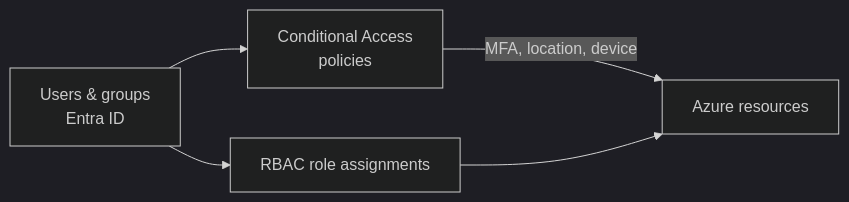
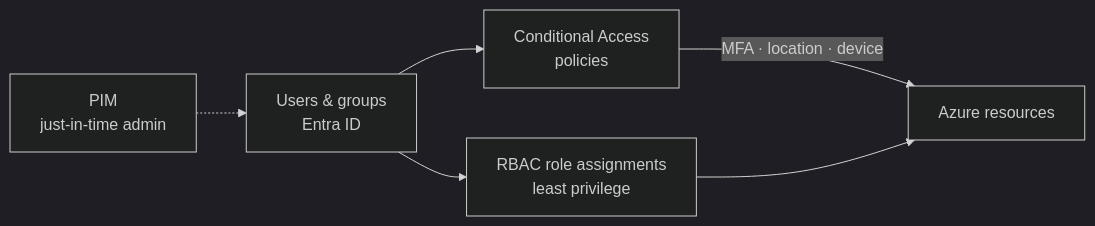
One commit to Yassine-ElJide/azure-iam-security-lab changed the diagram in README.md. Above: the diagram before and after it, drawn with Mermaid (dark theme). The commit also changed other lines of this file and 1 other file, not shown here.

````diff
--- a/README.md
+++ b/README.md
@@ -6,6 +7,7 @@
 ```mermaid
 flowchart LR
   U[Users & groups<br>Entra ID] --> CA[Conditional Access<br>policies]
-  CA -->|MFA, location, device| APP[Azure resources]
-  U --> RBAC[RBAC role assignments] --> APP
+  CA -->|MFA · location · device| APP[Azure resources]
+  U --> RBAC[RBAC role assignments<br>least privilege] --> APP
+  PIM[PIM<br>just-in-time admin] -.-> U
 ```
````
